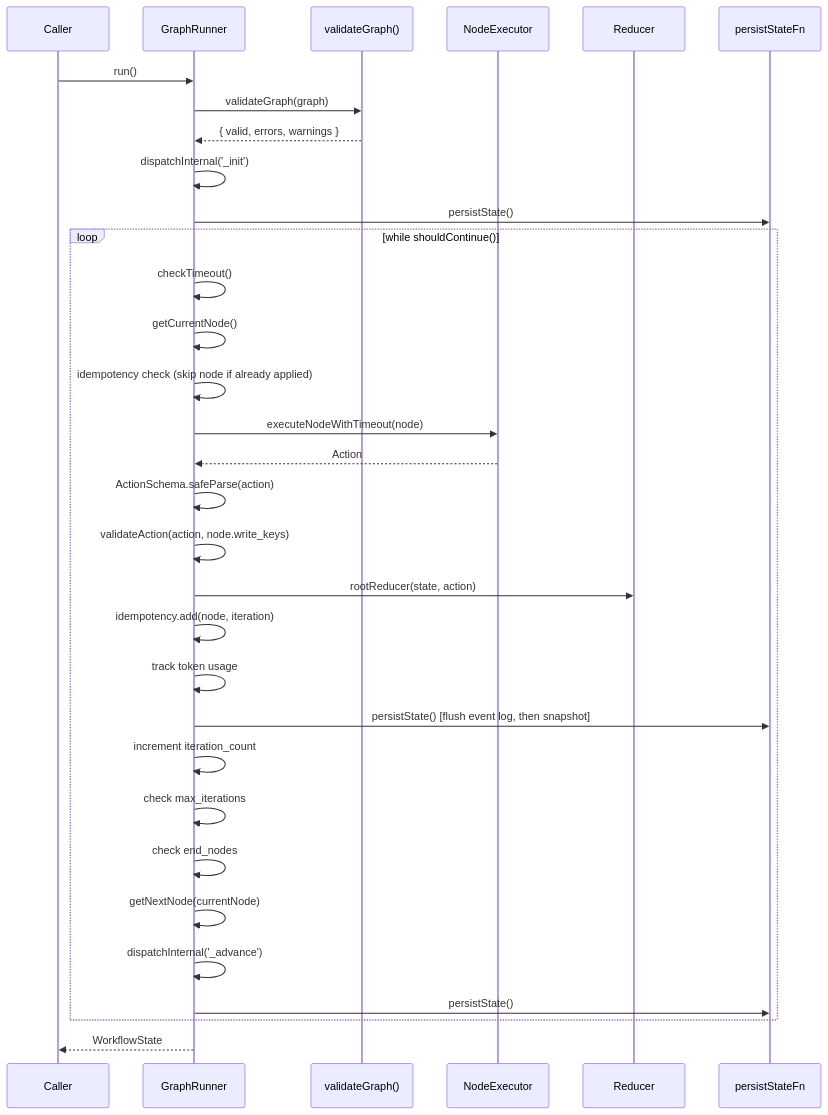
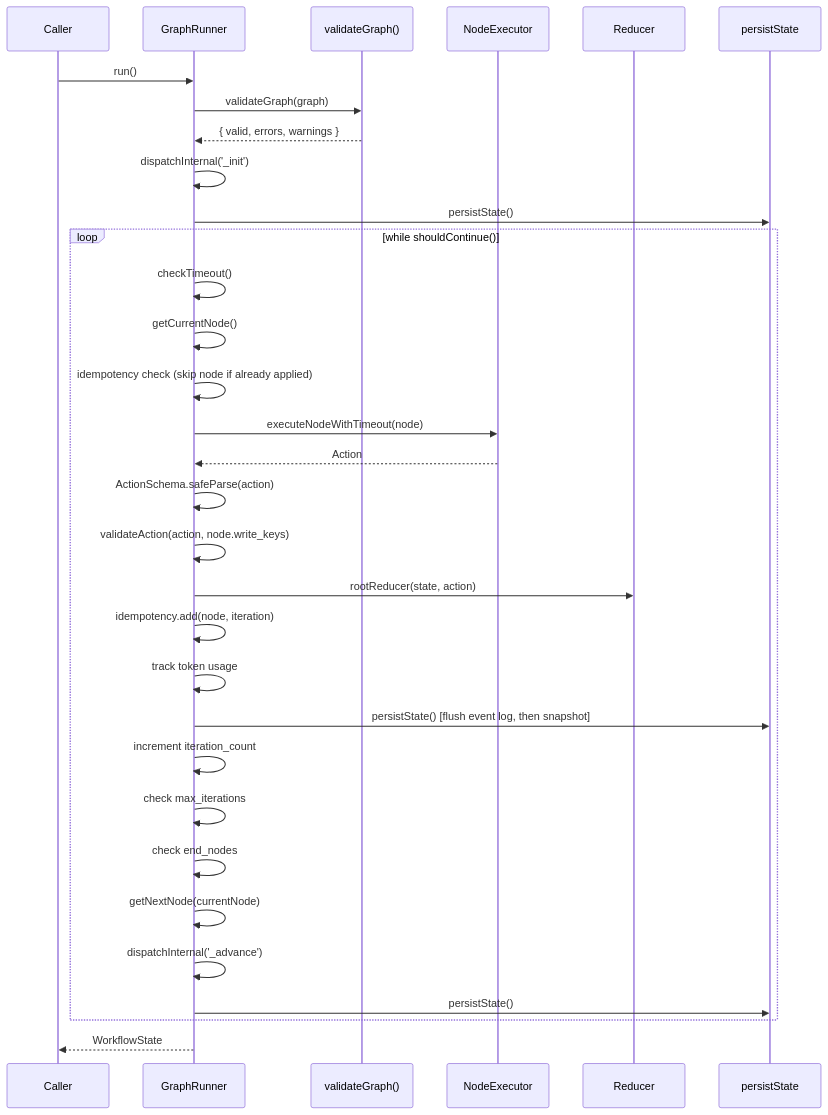
Before and after one commit to wmcmahan/cycgraph: the second of 7 diagrams in packages/orchestrator/src/runner/README.md, drawn with Mermaid. The commit also changed other lines of this file and 113 other files, not shown here.

````diff
--- a/packages/orchestrator/src/runner/README.md
+++ b/packages/orchestrator/src/runner/README.md
@@ -149,38 +149,38 @@
 ```mermaid
 sequenceDiagram
     participant C as Caller
     participant GR as GraphRunner
     participant V as validateGraph()
     participant NE as NodeExecutor
     participant R as Reducer
-    participant P as persistStateFn
+    participant P as persistState
 
     C->>GR: run()
     GR->>V: validateGraph(graph)
     V-->>GR: { valid, errors, warnings }
     
     GR->>GR: dispatchInternal('_init')
     GR->>P: persistState()
     
     loop while shouldContinue()
         GR->>GR: checkTimeout()
         GR->>GR: getCurrentNode()
         GR->>GR: idempotency check (skip node if already applied)
         GR->>NE: executeNodeWithTimeout(node)
         NE-->>GR: Action
         GR->>GR: ActionSchema.safeParse(action)
         GR->>GR: validateAction(action, node.write_keys)
         GR->>R: rootReducer(state, action)
         GR->>GR: idempotency.add(node, iteration)
         GR->>GR: track token usage
         GR->>P: persistState() [flush event log, then snapshot]
         GR->>GR: increment iteration_count
         GR->>GR: check max_iterations
         GR->>GR: check end_nodes
         GR->>GR: getNextNode(currentNode)
         GR->>GR: dispatchInternal('_advance')
         GR->>P: persistState()
     end
     
     GR-->>C: WorkflowState
 ```
````
